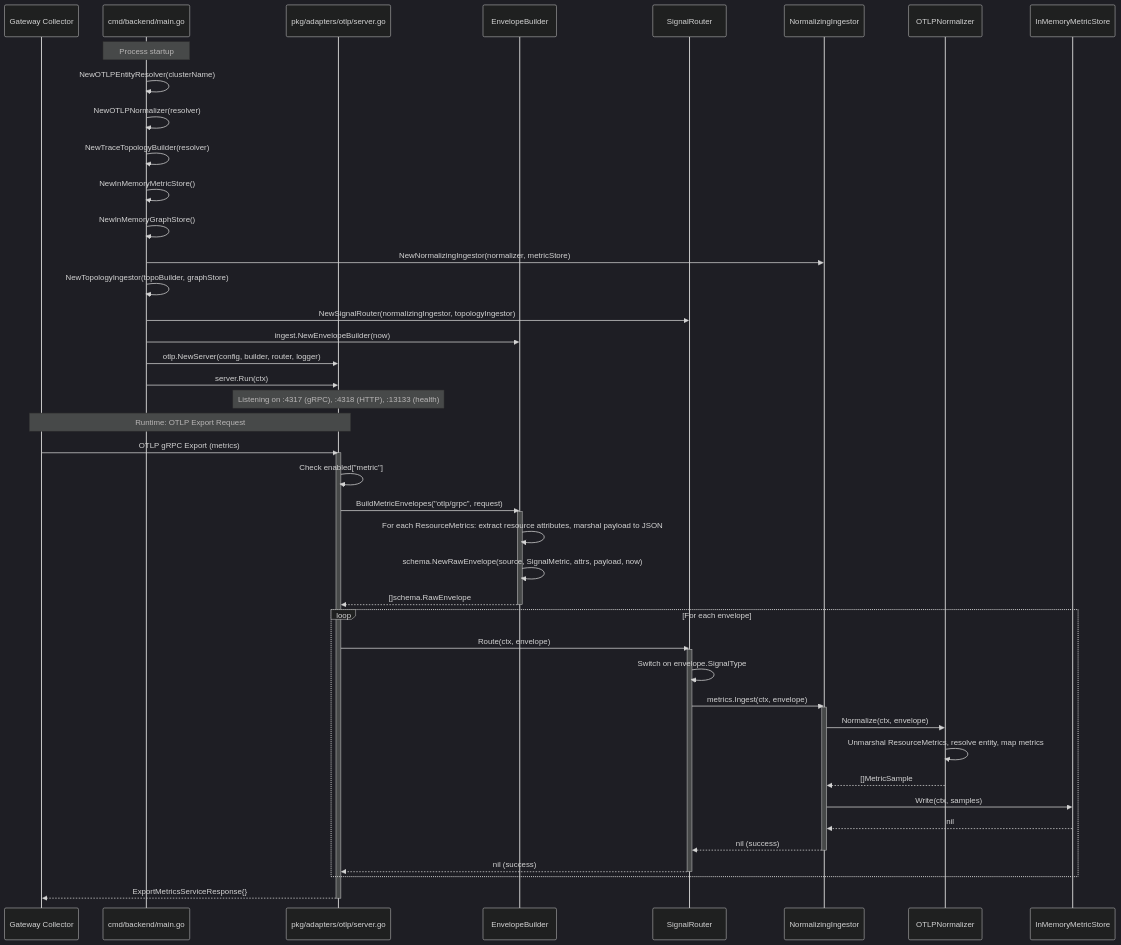
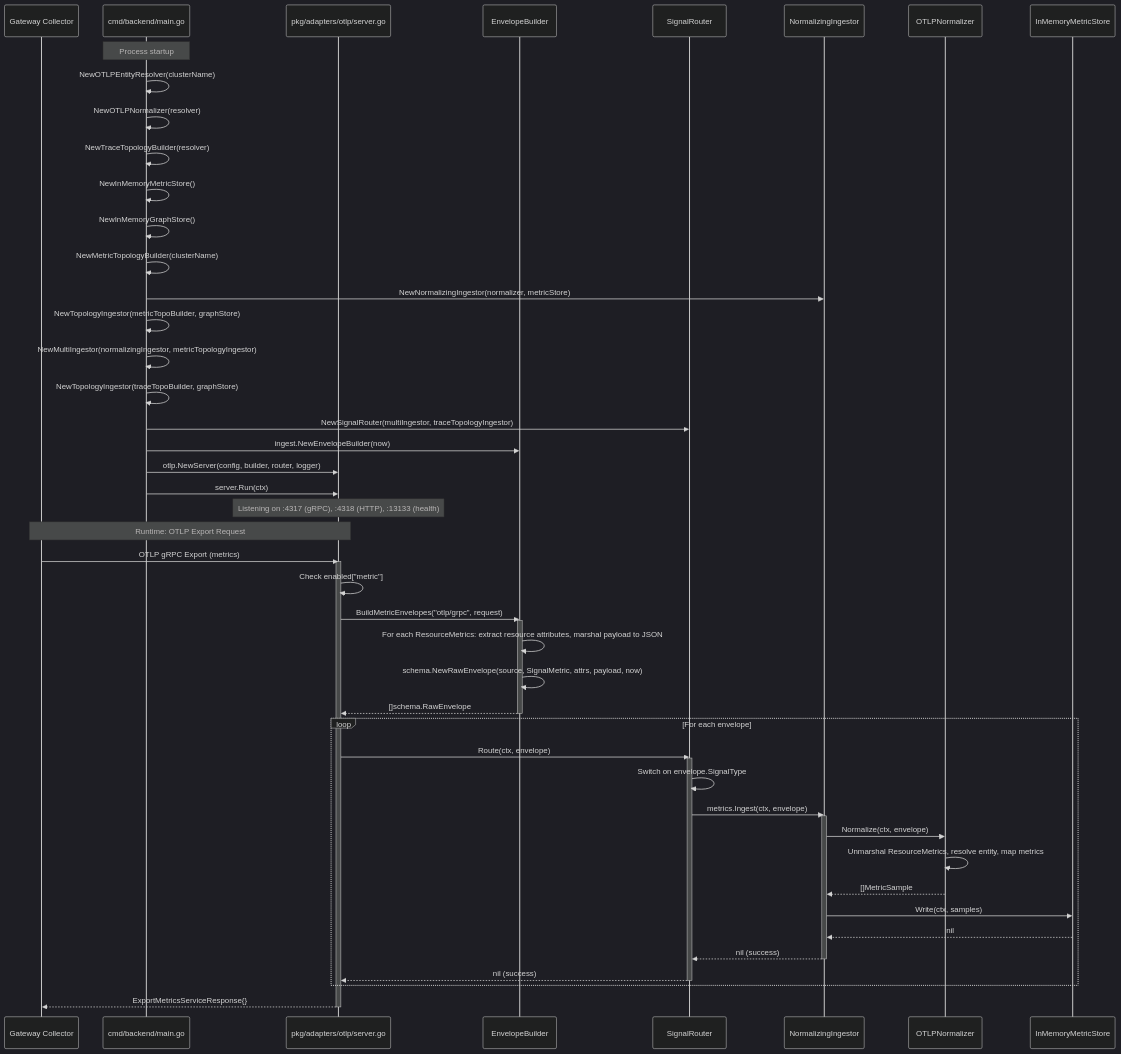
One commit to erickivel/karthos changed the second of 2 diagrams in docs/runtime-flow.md. Above: the diagram before and after it, drawn with Mermaid (dark theme). The commit also changed other lines of this file and 4 other files, not shown here.

````diff
--- a/docs/runtime-flow.md
+++ b/docs/runtime-flow.md
@@ -56,56 +63,59 @@
 ```mermaid
 sequenceDiagram
     participant Gateway as Gateway Collector
     participant Main as cmd/backend/main.go
     participant Server as pkg/adapters/otlp/server.go
     participant Builder as EnvelopeBuilder
     participant Router as SignalRouter
     participant NI as NormalizingIngestor
     participant Norm as OTLPNormalizer
     participant MS as InMemoryMetricStore
 
     Note over Main: Process startup
     Main->>Main: NewOTLPEntityResolver(clusterName)
     Main->>Main: NewOTLPNormalizer(resolver)
     Main->>Main: NewTraceTopologyBuilder(resolver)
     Main->>Main: NewInMemoryMetricStore()
     Main->>Main: NewInMemoryGraphStore()
+    Main->>Main: NewMetricTopologyBuilder(clusterName)
     Main->>NI: NewNormalizingIngestor(normalizer, metricStore)
-    Main->>Main: NewTopologyIngestor(topoBuilder, graphStore)
-    Main->>Router: NewSignalRouter(normalizingIngestor, topologyIngestor)
+    Main->>Main: NewTopologyIngestor(metricTopoBuilder, graphStore)
+    Main->>Main: NewMultiIngestor(normalizingIngestor, metricTopologyIngestor)
+    Main->>Main: NewTopologyIngestor(traceTopoBuilder, graphStore)
+    Main->>Router: NewSignalRouter(multiIngestor, traceTopologyIngestor)
     Main->>Builder: ingest.NewEnvelopeBuilder(now)
     Main->>Server: otlp.NewServer(config, builder, router, logger)
     Main->>Server: server.Run(ctx)
     Note over Server: Listening on :4317 (gRPC), :4318 (HTTP), :13133 (health)
 
     Note over Gateway,Server: Runtime: OTLP Export Request
     Gateway->>Server: OTLP gRPC Export (metrics)
     activate Server
     Server->>Server: Check enabled["metric"]
     Server->>Builder: BuildMetricEnvelopes("otlp/grpc", request)
     activate Builder
     Builder->>Builder: For each ResourceMetrics: extract resource attributes, marshal payload to JSON
     Builder->>Builder: schema.NewRawEnvelope(source, SignalMetric, attrs, payload, now)
     Builder-->>Server: []schema.RawEnvelope
     deactivate Builder
 
     loop For each envelope
         Server->>Router: Route(ctx, envelope)
         activate Router
         Router->>Router: Switch on envelope.SignalType
         Router->>NI: metrics.Ingest(ctx, envelope)
         activate NI
         NI->>Norm: Normalize(ctx, envelope)
         Norm->>Norm: Unmarshal ResourceMetrics, resolve entity, map metrics
         Norm-->>NI: []MetricSample
         NI->>MS: Write(ctx, samples)
         MS-->>NI: nil
         NI-->>Router: nil (success)
         deactivate NI
         Router-->>Server: nil (success)
         deactivate Router
     end
 
     Server-->>Gateway: ExportMetricsServiceResponse{}
     deactivate Server
 ```
````
